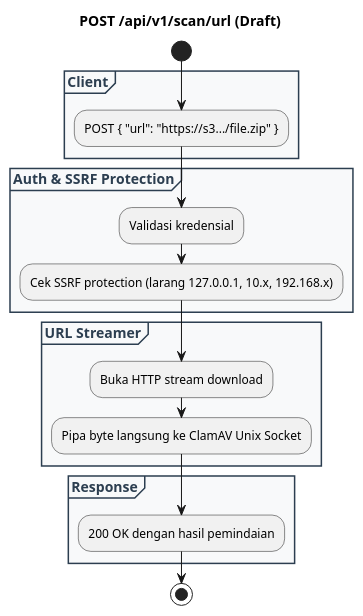
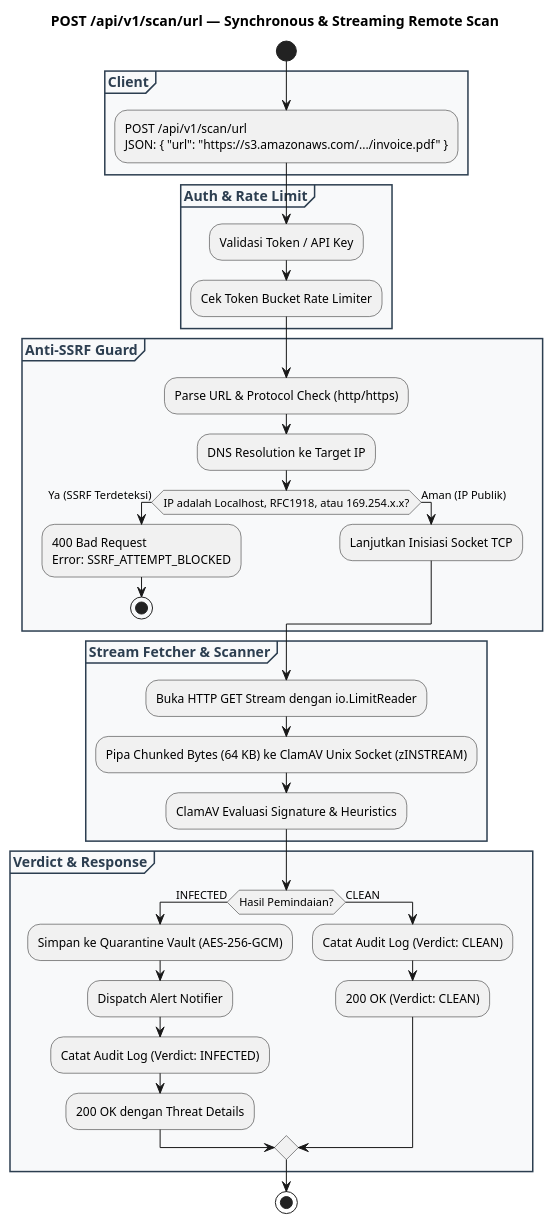
Before and after one commit to vfat/vqf-clamav-service: the diagram in .ai-doc/rest-api-doc/API-SPEC-12-POST-+api+v1+scan+url.md, drawn with PlantUML. The commit also changed other lines of this file and 19 other files, not shown here.

First line of the commit message:
feat(scanner): implement remote URL scanner with Anti-SSRF guard & vault AES-256-GCM hardening (TDD-006B, TDD-010, TDD-011)

````diff
--- a/.ai-doc/rest-api-doc/API-SPEC-12-POST-+api+v1+scan+url.md
+++ b/.ai-doc/rest-api-doc/API-SPEC-12-POST-+api+v1+scan+url.md
@@ -13,34 +13,56 @@
 ```plantuml
 @startuml
 skinparam shadowing false
 skinparam partition {
     BackgroundColor #F8F9FA
     BorderColor #2C3E50
     FontColor #2C3E50
 }
 
-title **POST /api/v1/scan/url (Draft)**
+title **POST /api/v1/scan/url — Synchronous & Streaming Remote Scan**
 
 start
 
 partition "**Client**" {
-    :POST { "url": "https://s3.../file.zip" };
+    :POST /api/v1/scan/url
+    JSON: { "url": "https://s3.amazonaws.com/.../invoice.pdf" };
 }
 
-partition "**Auth & SSRF Protection**" {
-    :Validasi kredensial;
-    :Cek SSRF protection (larang 127.0.0.1, 10.x, 192.168.x);
+partition "**Auth & Rate Limit**" {
+    :Validasi Token / API Key;
+    :Cek Token Bucket Rate Limiter;
 }
 
-partition "**URL Streamer**" {
-    :Buka HTTP stream download;
-    :Pipa byte langsung ke ClamAV Unix Socket;
+partition "**Anti-SSRF Guard**" {
+    :Parse URL & Protocol Check (http/https);
+    :DNS Resolution ke Target IP;
+    if (IP adalah Localhost, RFC1918, atau 169.254.x.x?) then (Ya (SSRF Terdeteksi))
+        :400 Bad Request
+        Error: SSRF_ATTEMPT_BLOCKED;
+        stop
+    else (Aman (IP Publik))
+        :Lanjutkan Inisiasi Socket TCP;
+    endif
 }
 
-partition "**Response**" {
-    :200 OK dengan hasil pemindaian;
+partition "**Stream Fetcher & Scanner**" {
+    :Buka HTTP GET Stream dengan io.LimitReader;
+    :Pipa Chunked Bytes (64 KB) ke ClamAV Unix Socket (zINSTREAM);
+    :ClamAV Evaluasi Signature & Heuristics;
+}
+
+partition "**Verdict & Response**" {
+    if (Hasil Pemindaian?) then (INFECTED)
+        :Simpan ke Quarantine Vault (AES-256-GCM);
+        :Dispatch Alert Notifier;
+        :Catat Audit Log (Verdict: INFECTED);
+        :200 OK dengan Threat Details;
+    else (CLEAN)
+        :Catat Audit Log (Verdict: CLEAN);
+        :200 OK (Verdict: CLEAN);
+    endif
 }
 
 stop
 @enduml
 ```
````
